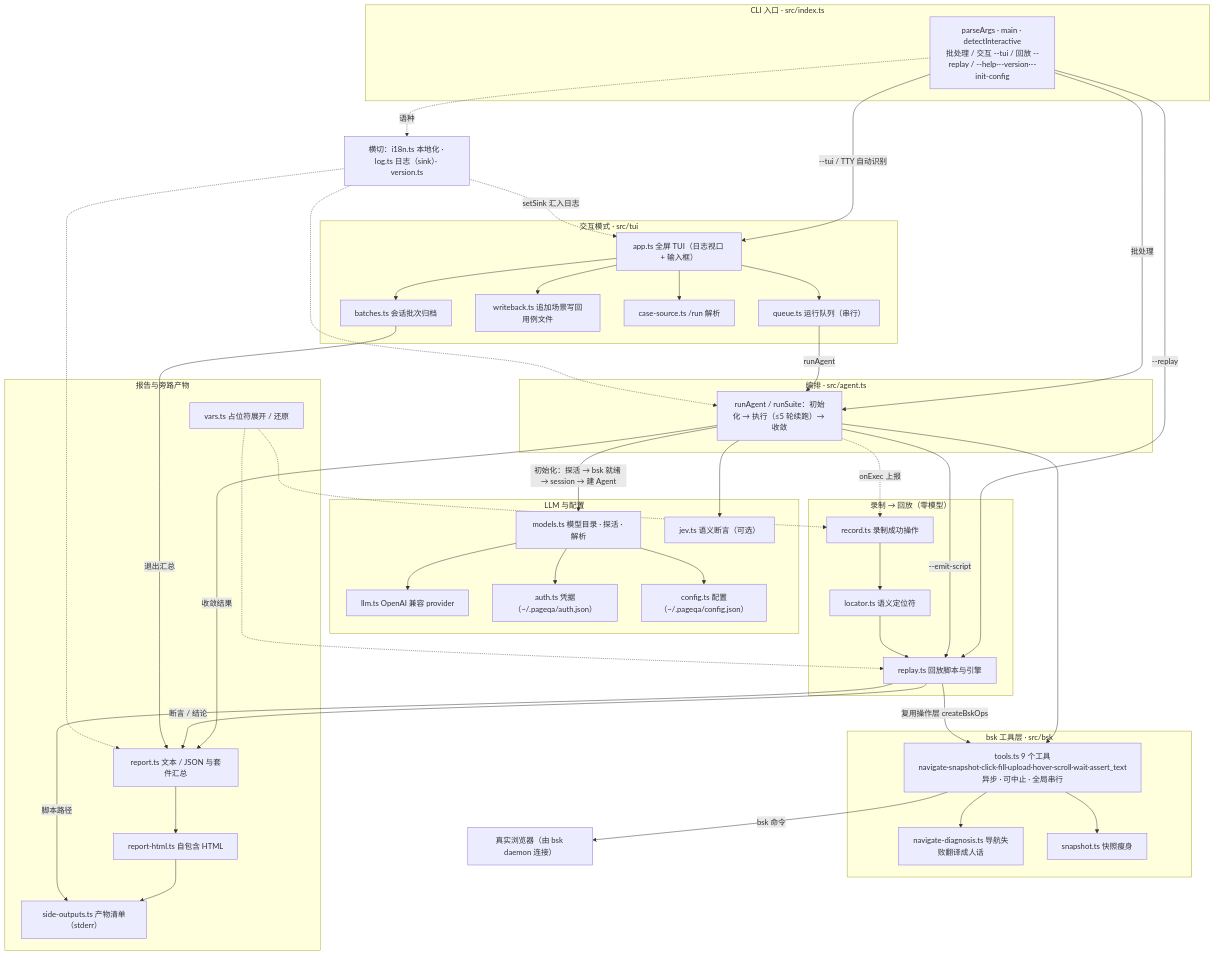
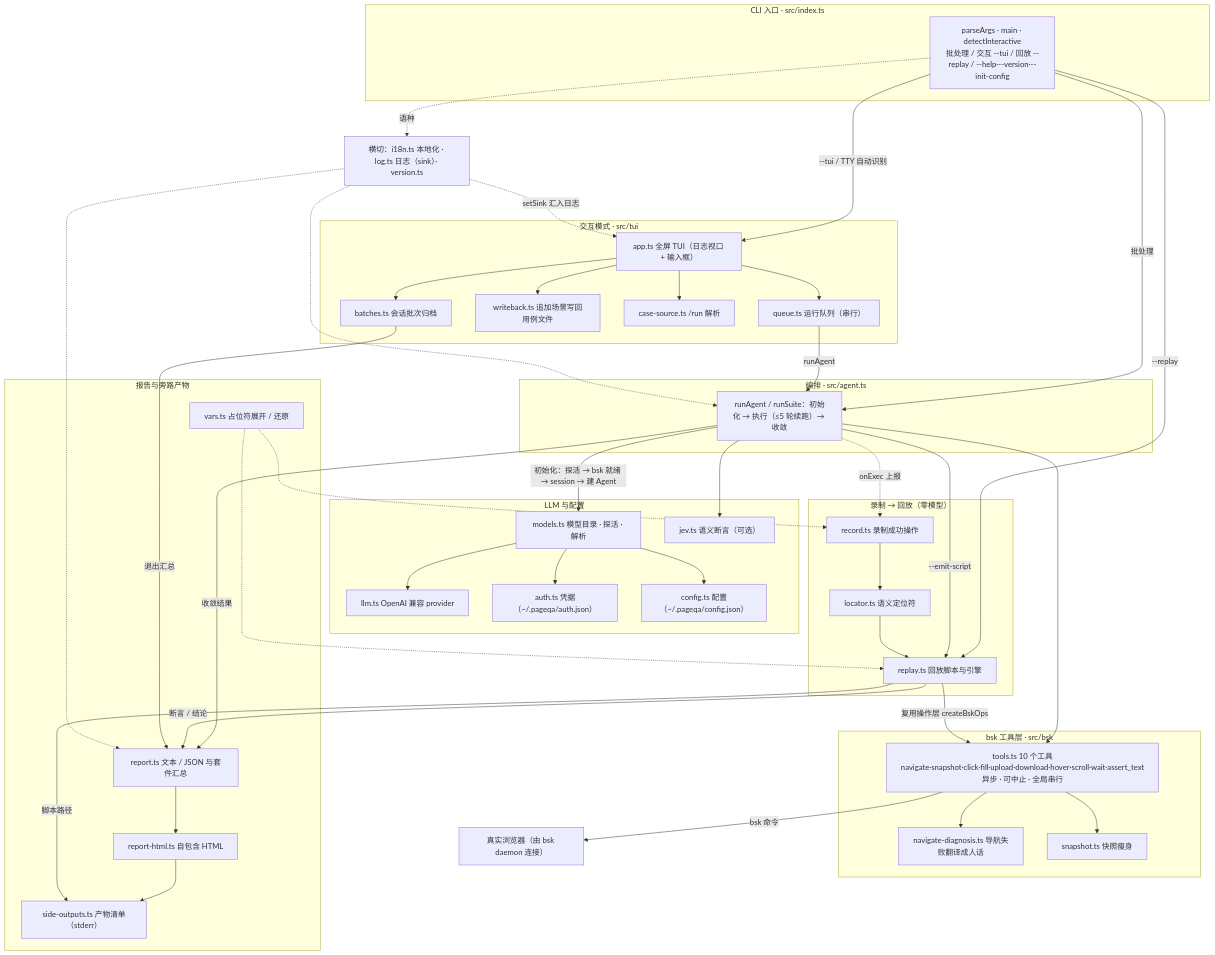
One commit to klren0312/pageqa changed the diagram in README.zh-CN.md. Above: the diagram before and after it, drawn with Mermaid. The commit also changed other lines of this file and 22 other files, not shown here.

```diff
--- a/README.zh-CN.md
+++ b/README.zh-CN.md
@@ -528,7 +578,7 @@
   end
 
   subgraph BSK["bsk 工具层 · src/bsk"]
-    TOOLS["tools.ts 9 个工具<br/>navigate·snapshot·click·fill·upload·hover·scroll·wait·assert_text<br/>异步 · 可中止 · 全局串行"]
+    TOOLS["tools.ts 10 个工具<br/>navigate·snapshot·click·fill·upload·download·hover·scroll·wait·assert_text<br/>异步 · 可中止 · 全局串行"]
     DIAG["navigate-diagnosis.ts 导航失败翻译成人话"]
     SNAP["snapshot.ts 快照瘦身"]
   end
```
